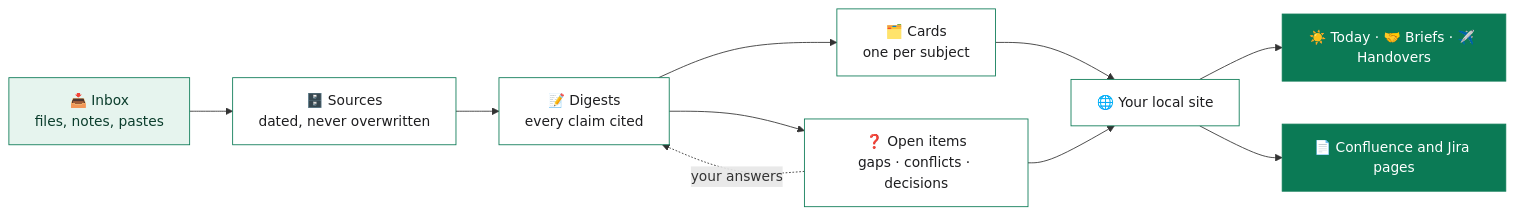
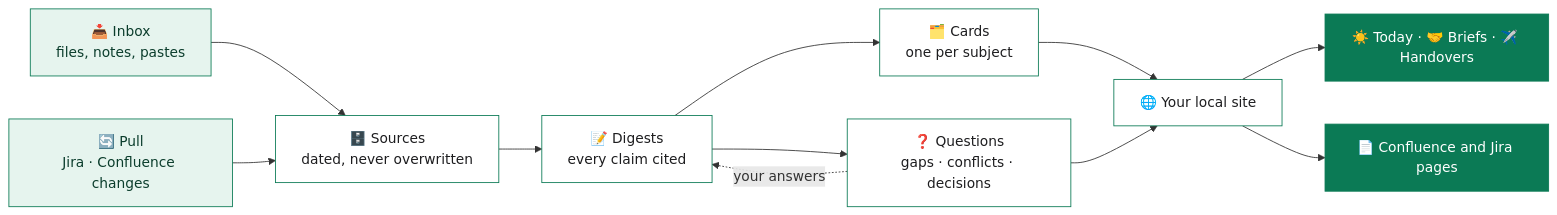
One commit to priyanshup/Mantis changed the diagram in README.md. Above: the diagram before and after it, drawn with Mermaid. The commit also changed other lines of this file and 58 other files, not shown here.

````diff
--- a/README.md
+++ b/README.md
@@ -66,19 +89,20 @@
 ```mermaid
 flowchart LR
     A["📥 Inbox<br/>files, notes, pastes"] --> B["🗄️ Sources<br/>dated, never overwritten"]
+    J["🔄 Pull<br/>Jira · Confluence changes"] --> B
     B --> C["📝 Digests<br/>every claim cited"]
     C --> D["🗂️ Cards<br/>one per subject"]
-    C --> E["❓ Open items<br/>gaps · conflicts · decisions"]
+    C --> E["❓ Questions<br/>gaps · conflicts · decisions"]
     D --> F["🌐 Your local site"]
     E --> F
     F --> G["☀️ Today · 🤝 Briefs · ✈️ Handovers"]
     F --> H["📄 Confluence and Jira pages"]
     E -. "your answers" .-> C
 
     classDef in fill:#e6f4ee,stroke:#0b7a55,color:#0b3d2c;
     classDef core fill:#ffffff,stroke:#0b7a55,color:#1d1d1f;
     classDef out fill:#0b7a55,stroke:#0b7a55,color:#ffffff;
-    class A in;
+    class A,J in;
     class B,C,D,E,F core;
     class G,H out;
 ```
````
